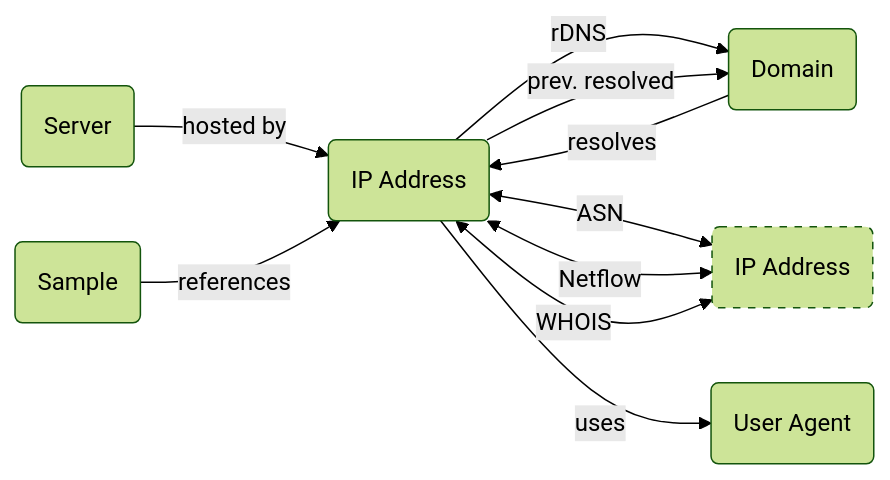
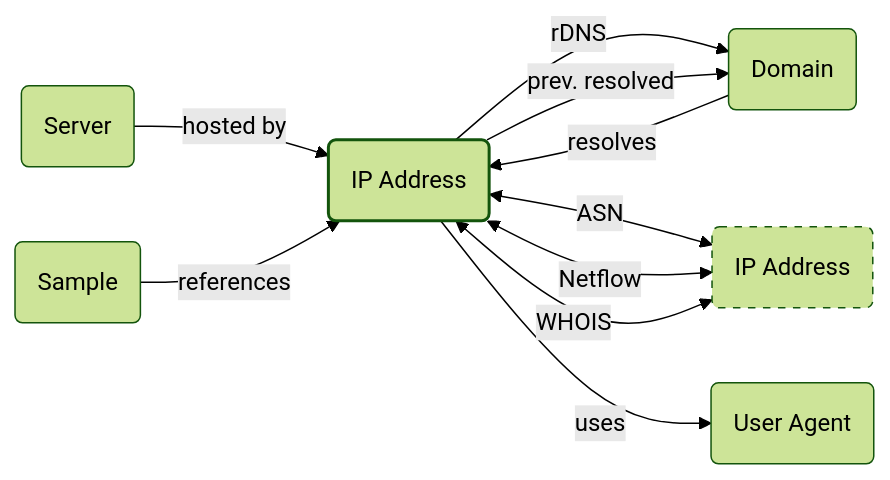
The diagram in docs/artifacts/ip-address.md (korniko98/pivot-atlas), drawn with Mermaid (forest theme) before and after one commit. The commit also changed other lines of this file and 9 other files, not shown here.

````diff
--- a/docs/artifacts/ip-address.md
+++ b/docs/artifacts/ip-address.md
@@ -29,23 +29,31 @@
 	```mermaid
 	flowchart LR
+		classDef primary stroke-width: 2px
 		classDef secondary stroke-dasharray: 5 5
 		
 		%% define nodes
-		IP_ADDRESS(IP Address)
+		IP_ADDRESS(IP Address):::primary
 		IP_ADDRESS_(IP Address):::secondary
 		DOMAIN(Domain)
 		SERVER(Server)
 		SAMPLE(Sample)
 		USER_AGENT(User Agent)
 		
 		%% define edges
 		DOMAIN -- resolves --> IP_ADDRESS
 		IP_ADDRESS -- rDNS --> DOMAIN
 		IP_ADDRESS -- prev. resolved --> DOMAIN
 		IP_ADDRESS <-- ASN --> IP_ADDRESS_
 		IP_ADDRESS -- uses --> USER_AGENT
 		IP_ADDRESS <-- Netflow --> IP_ADDRESS_
 		IP_ADDRESS <-- WHOIS --> IP_ADDRESS_
 		SERVER -- hosted by --> IP_ADDRESS
 		SAMPLE -- references --> IP_ADDRESS
+		
+		%% define links
+		click IP_ADDRESS_ "#ip-addresses"
+		click DOMAIN "#domains"
+		click SERVER "#servers"
+		click SAMPLE "#samples"
+		click USER_AGENT "#user-agents"
 	```
````
